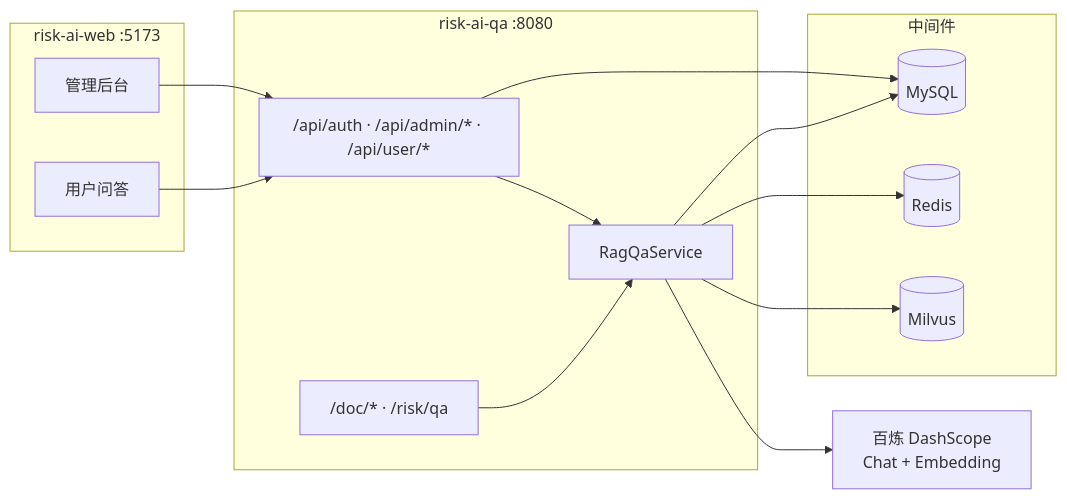
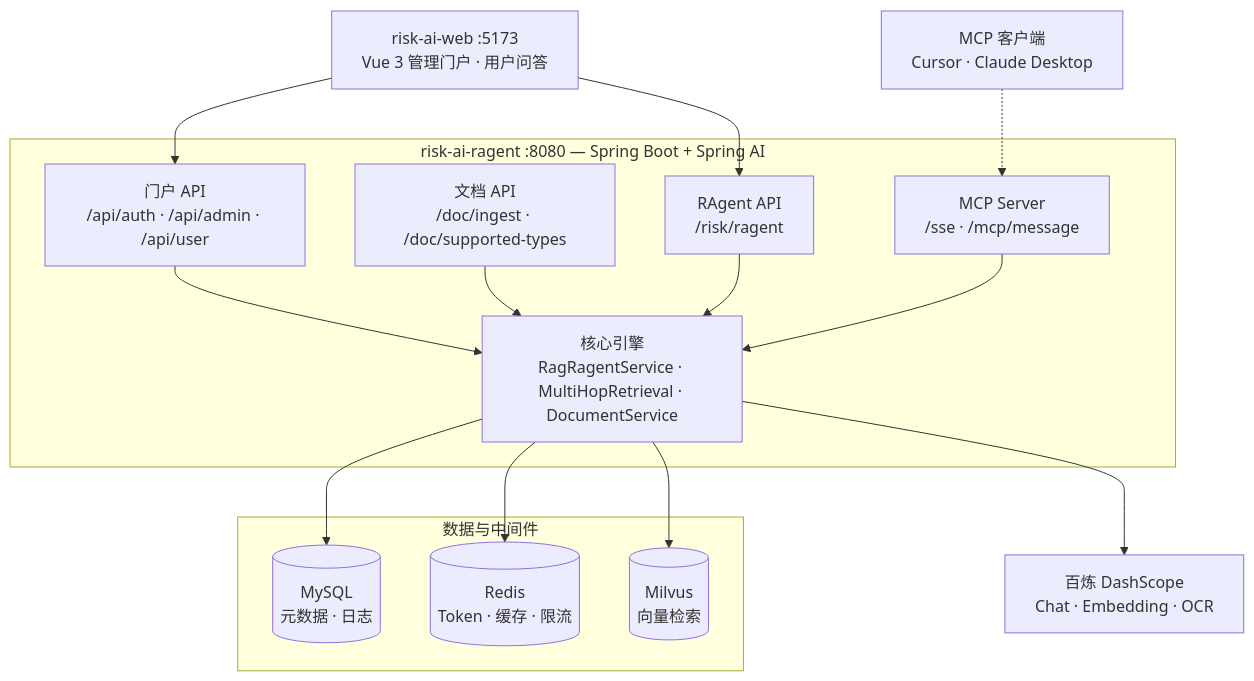
The diagram in README.md (1259665975/risk-ai-qa), drawn with Mermaid before and after one commit. The commit also changed other lines of this file and 172 other files, not shown here.

Commit message:
feat: 多格式入库、图片OCR、多跳检索、MCP Server 及 qa→ragent 重构 - 支持 Tika 多格式解析与百炼视觉 OCR 图片入库 - 可选多跳检索与 MCP 工具暴露 - 项目/包名/API/数据库重命名为 risk-ai-ragent - 修复 OCR、clearAll、循环依赖等问题并补充单元测试与文档

````diff
--- a/README.md
+++ b/README.md
@@ -39,28 +45,33 @@
 ```mermaid
-flowchart LR
-  subgraph Web["risk-ai-web :5173"]
-    A[管理后台]
-    B[用户问答]
-  end
-  subgraph API["risk-ai-qa :8080"]
-    C["/api/auth · /api/admin/* · /api/user/*"]
-    D["/doc/* · /risk/qa"]
-    E[RagQaService]
-  end
-  subgraph Store["中间件"]
-    F[(MySQL)]
-    G[(Redis)]
-    H[(Milvus)]
-  end
-  I[百炼 DashScope<br/>Chat + Embedding]
+flowchart TB
+    WEB["risk-ai-web :5173<br/>Vue 3 管理门户 · 用户问答"]
 
-  A --> C
-  B --> C
-  C --> E
-  D --> E
-  E --> G
-  E --> H
-  E --> I
-  C --> F
-  E --> F
+    subgraph APP["risk-ai-ragent :8080 — Spring Boot + Spring AI"]
+        P1["门户 API<br/>/api/auth · /api/admin · /api/user"]
+        P2["文档 API<br/>/doc/ingest · /doc/supported-types"]
+        P3["RAgent API<br/>/risk/ragent"]
+        P4["MCP Server<br/>/sse · /mcp/message"]
+        CORE["核心引擎<br/>RagRagentService · MultiHopRetrieval · DocumentService"]
+        P1 --> CORE
+        P2 --> CORE
+        P3 --> CORE
+        P4 --> CORE
+    end
+
+    subgraph DATA["数据与中间件"]
+        MYSQL[("MySQL<br/>元数据 · 日志")]
+        REDIS[("Redis<br/>Token · 缓存 · 限流")]
+        MILVUS[("Milvus<br/>向量检索")]
+    end
+
+    AI["百炼 DashScope<br/>Chat · Embedding · OCR"]
+    MCP["MCP 客户端<br/>Cursor · Claude Desktop"]
+
+    WEB --> P1
+    WEB --> P3
+    MCP -.-> P4
+    CORE --> MYSQL
+    CORE --> REDIS
+    CORE --> MILVUS
+    CORE --> AI
 ```
````
